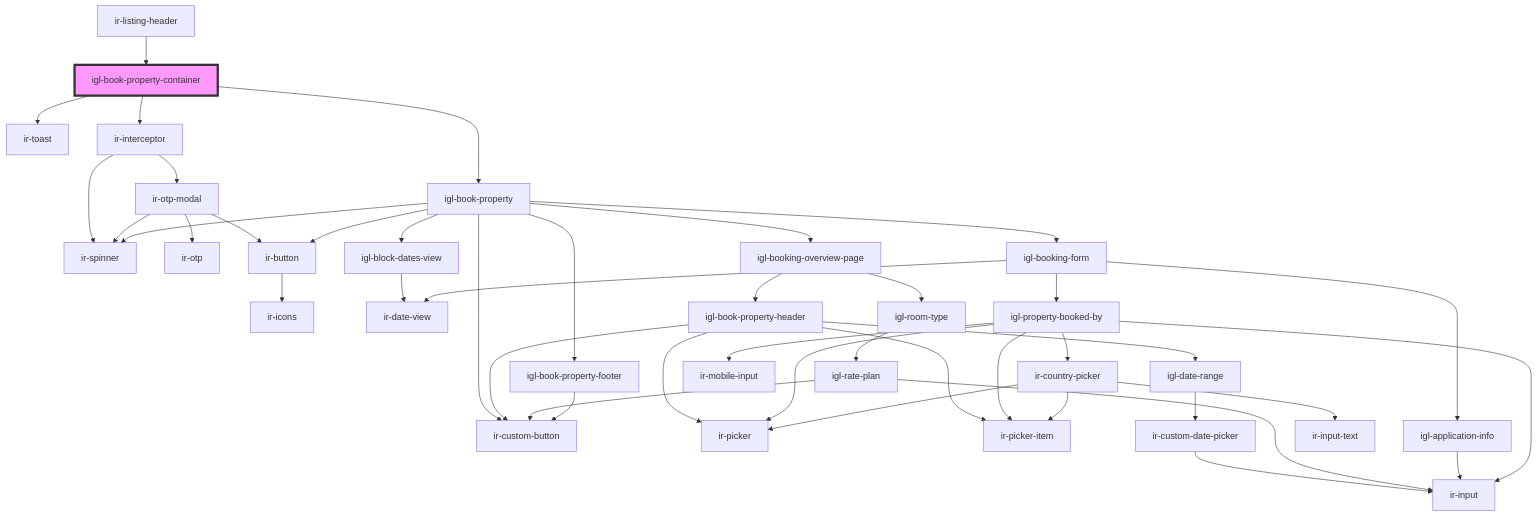
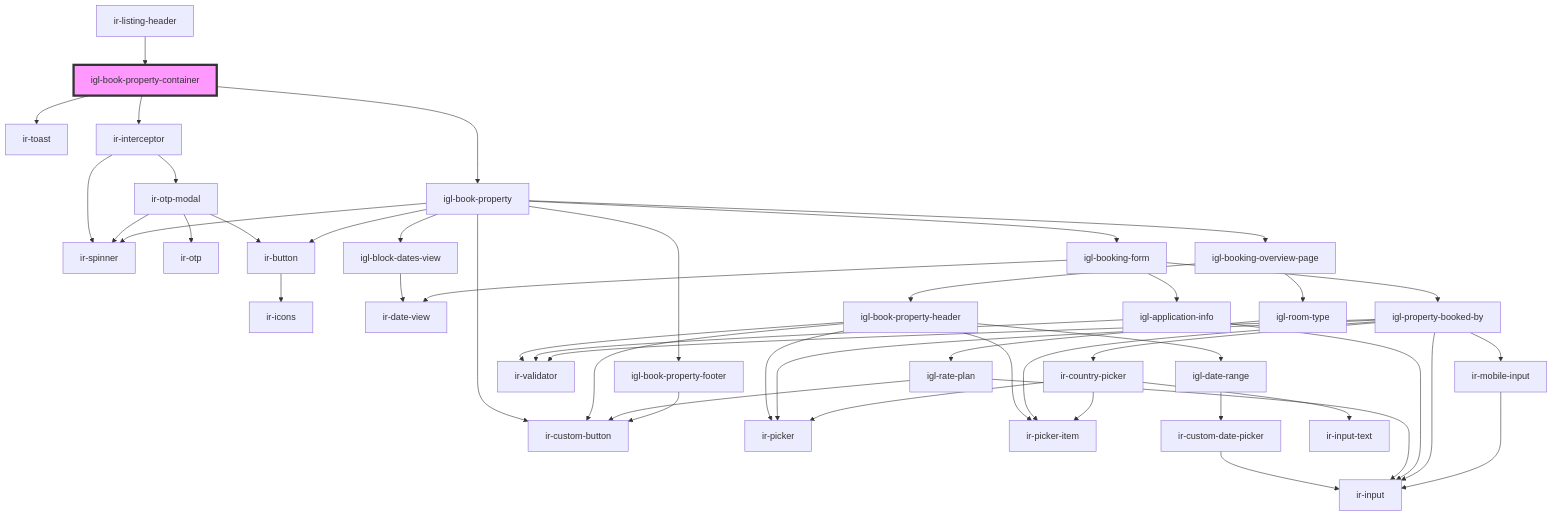
The diagram in src/components/igl-book-property-container/readme.md (David1Chowaifaty/modified-ir-webcmp), drawn with Mermaid before and after one commit. The commit also changed 41 other files, not shown here.

````diff
--- a/src/components/igl-book-property-container/readme.md
+++ b/src/components/igl-book-property-container/readme.md
@@ -41,46 +41,50 @@
 ```mermaid
 graph TD;
   igl-book-property-container --> ir-toast
   igl-book-property-container --> ir-interceptor
   igl-book-property-container --> igl-book-property
   ir-interceptor --> ir-spinner
   ir-interceptor --> ir-otp-modal
   ir-otp-modal --> ir-spinner
   ir-otp-modal --> ir-otp
   ir-otp-modal --> ir-button
   ir-button --> ir-icons
   igl-book-property --> igl-block-dates-view
   igl-book-property --> ir-spinner
   igl-book-property --> ir-custom-button
   igl-book-property --> igl-booking-overview-page
   igl-book-property --> igl-booking-form
   igl-book-property --> ir-button
   igl-book-property --> igl-book-property-footer
   igl-block-dates-view --> ir-date-view
   igl-booking-overview-page --> igl-book-property-header
   igl-booking-overview-page --> igl-room-type
   igl-book-property-header --> ir-picker
   igl-book-property-header --> ir-picker-item
+  igl-book-property-header --> ir-validator
+  igl-book-property-header --> igl-date-range
   igl-book-property-header --> ir-custom-button
-  igl-book-property-header --> igl-date-range
   igl-date-range --> ir-custom-date-picker
   ir-custom-date-picker --> ir-input
   igl-room-type --> igl-rate-plan
   igl-rate-plan --> ir-input
   igl-rate-plan --> ir-custom-button
   igl-booking-form --> ir-date-view
   igl-booking-form --> igl-application-info
   igl-booking-form --> igl-property-booked-by
+  igl-application-info --> ir-validator
   igl-application-info --> ir-input
   igl-property-booked-by --> ir-picker
   igl-property-booked-by --> ir-picker-item
+  igl-property-booked-by --> ir-validator
   igl-property-booked-by --> ir-input
   igl-property-booked-by --> ir-country-picker
   igl-property-booked-by --> ir-mobile-input
   ir-country-picker --> ir-picker
   ir-country-picker --> ir-picker-item
   ir-country-picker --> ir-input-text
+  ir-mobile-input --> ir-input
   igl-book-property-footer --> ir-custom-button
   ir-listing-header --> igl-book-property-container
   style igl-book-property-container fill:#f9f,stroke:#333,stroke-width:4px
 ```
````
